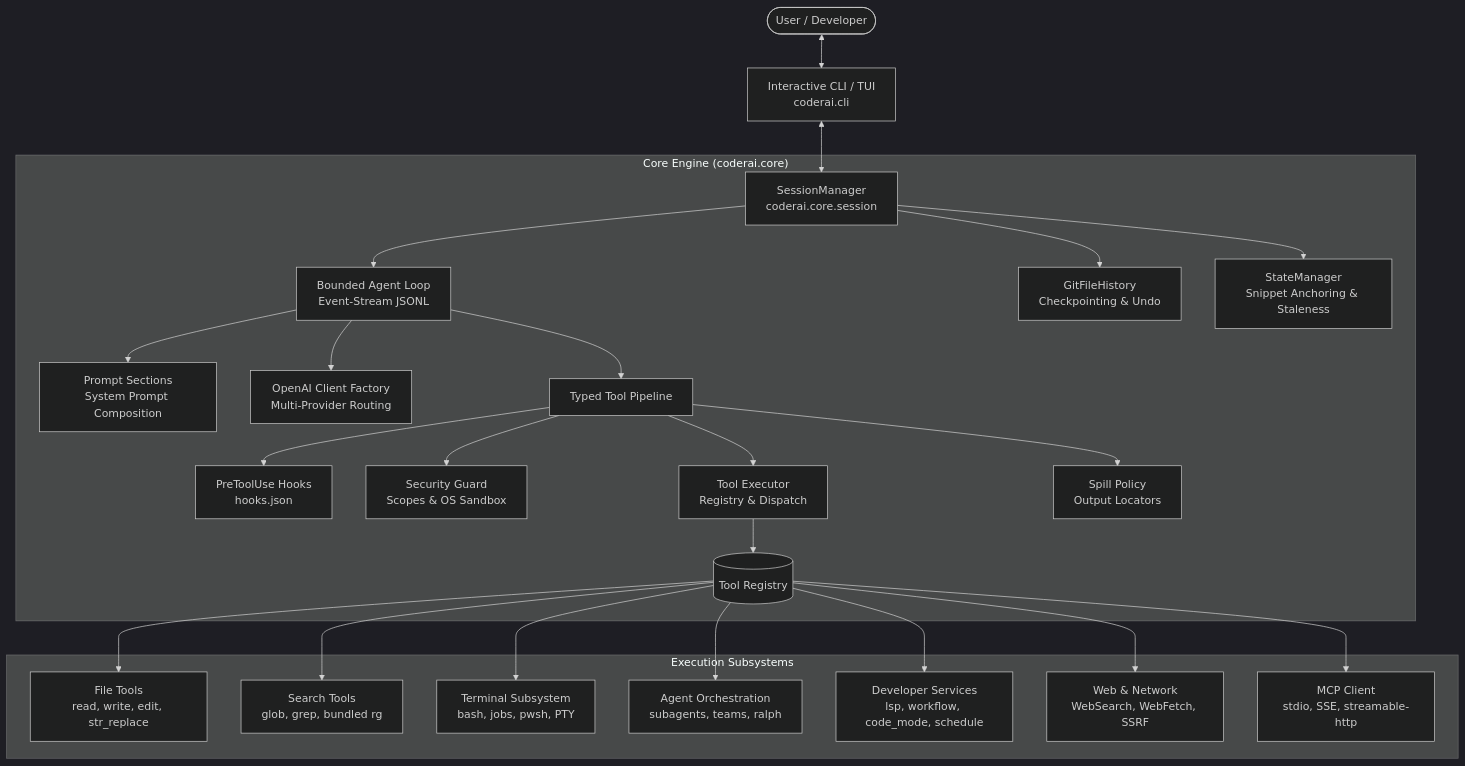
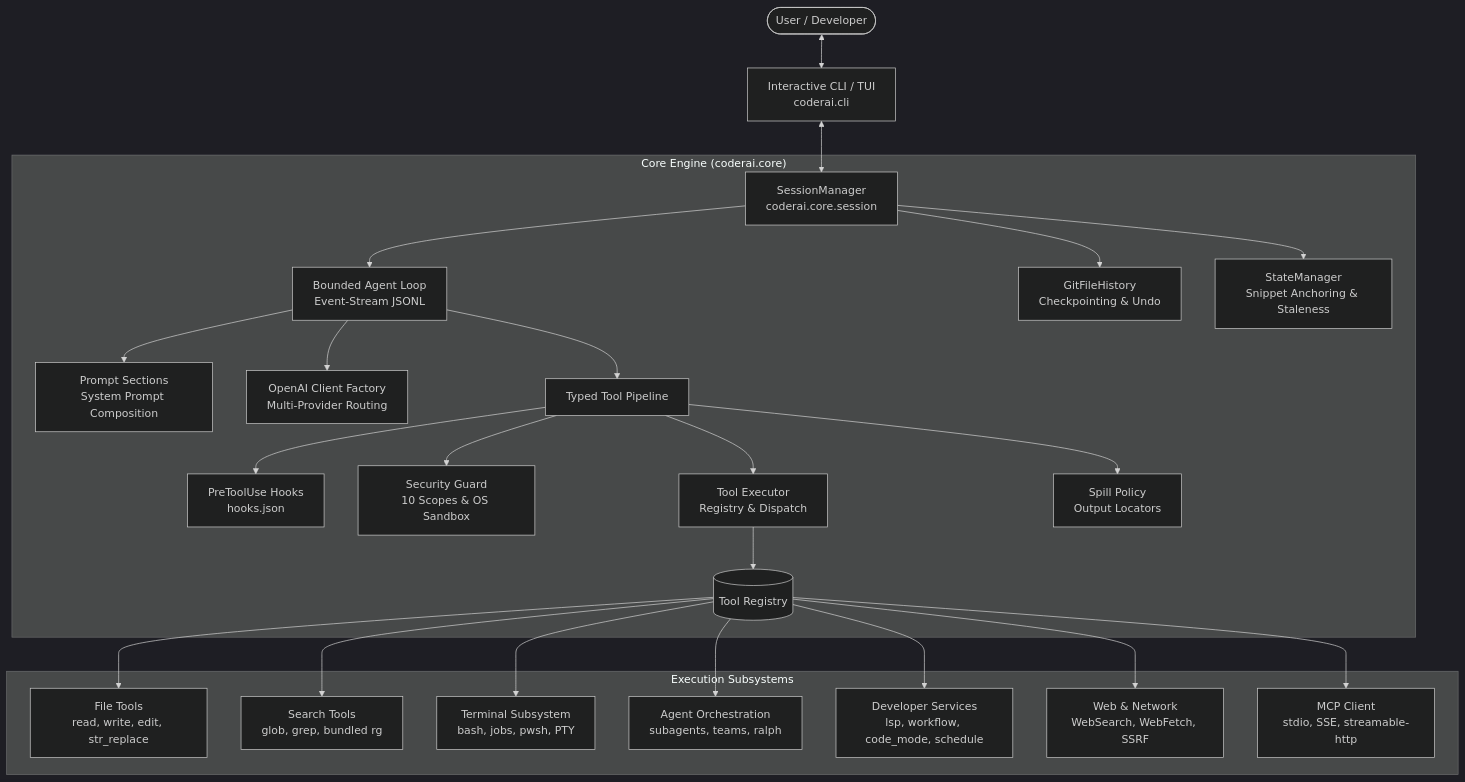
One commit to adityaanilraut/CoderAI changed the diagram in docs/ARCHITECTURE.md. Above: the diagram before and after it, drawn with Mermaid (dark theme). The commit also changed other lines of this file and 3 other files, not shown here.

Commit message:
docs: add benchmark analysis, visual graphs, and extract ARCHITECTURE.md

````diff
--- a/docs/ARCHITECTURE.md
+++ b/docs/ARCHITECTURE.md
@@ -9,34 +11,34 @@
 ```mermaid
 graph TD
     User([User / Developer]) <--> CLI[Interactive CLI / TUI<br/>coderai.cli]
     
     CLI <--> SessionMgr[SessionManager<br/>coderai.core.session]
     
     subgraph "Core Engine (coderai.core)"
         SessionMgr --> Loop[Bounded Agent Loop<br/>Event-Stream JSONL]
         SessionMgr --> GitHist[GitFileHistory<br/>Checkpointing & Undo]
         SessionMgr --> StateMgr[StateManager<br/>Snippet Anchoring & Staleness]
         
         Loop --> PromptSec[Prompt Sections<br/>System Prompt Composition]
         Loop --> Client[OpenAI Client Factory<br/>Multi-Provider Routing]
         
         Loop --> Pipeline[Typed Tool Pipeline]
         
         Pipeline --> PreHook[PreToolUse Hooks<br/>hooks.json]
-        Pipeline --> SandboxGuard[Security Guard<br/>Scopes & OS Sandbox]
+        Pipeline --> SandboxGuard[Security Guard<br/>10 Scopes & OS Sandbox]
         Pipeline --> Executor[Tool Executor<br/>Registry & Dispatch]
         Pipeline --> SpillPolicy[Spill Policy<br/>Output Locators]
         
         Executor --> ToolRegistry[(Tool Registry)]
     end
     
     subgraph "Execution Subsystems"
         ToolRegistry --> FileOps[File Tools<br/>read, write, edit, str_replace]
         ToolRegistry --> SearchOps[Search Tools<br/>glob, grep, bundled rg]
         ToolRegistry --> TerminalOps[Terminal Subsystem<br/>bash, jobs, pwsh, PTY]
         ToolRegistry --> AgentsOps[Agent Orchestration<br/>subagents, teams, ralph]
         ToolRegistry --> DevOps[Developer Services<br/>lsp, workflow, code_mode, schedule]
         ToolRegistry --> WebOps[Web & Network<br/>WebSearch, WebFetch, SSRF]
         ToolRegistry --> MCPOps[MCP Client<br/>stdio, SSE, streamable-http]
     end
 ```
````
